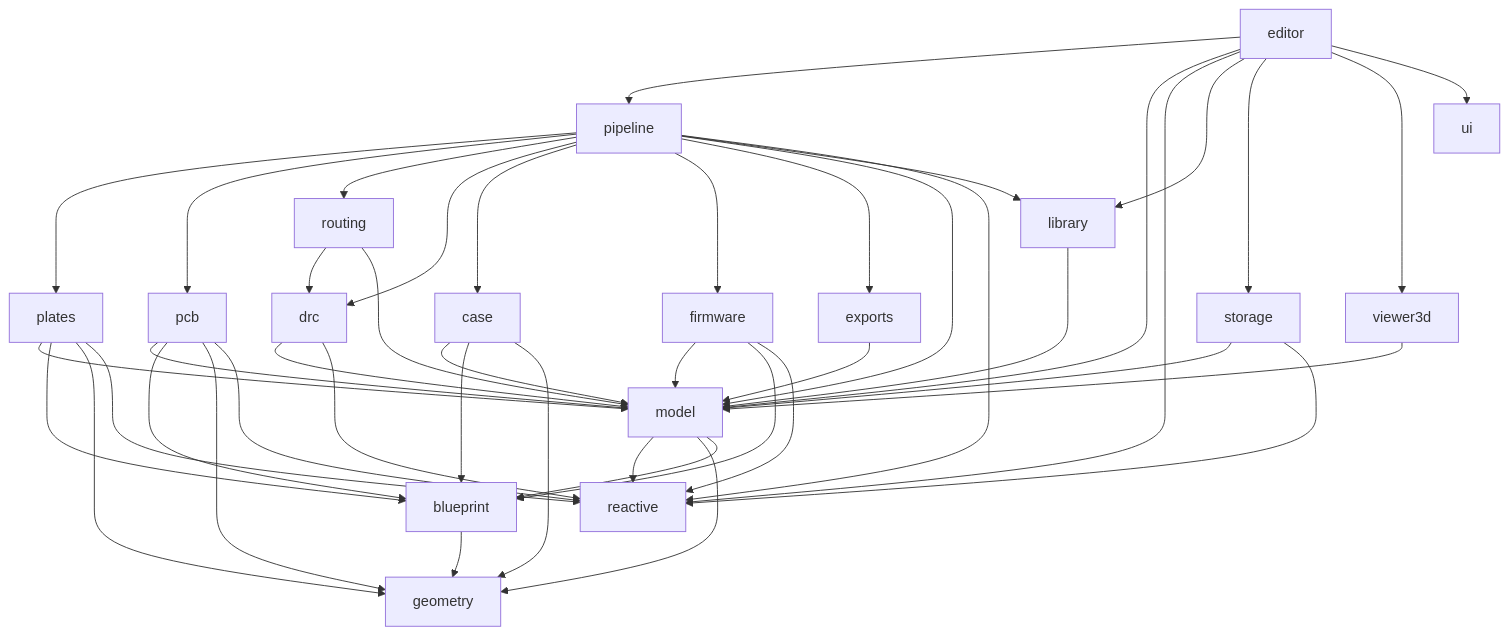
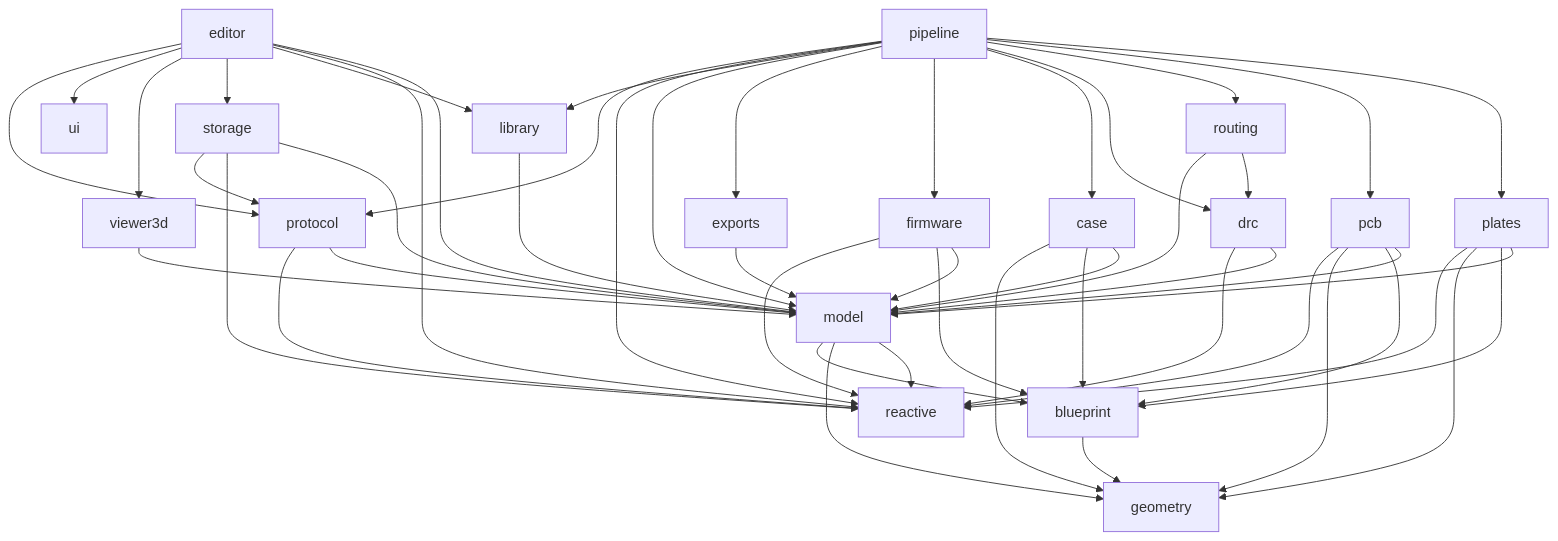
Before and after one commit to KeebCAD/keeb-cad: the second of 4 diagrams in _bmad-output/architecture-keeb-cad-layout-model/architecture-keeb-cad-layout-model.md, drawn with Mermaid. The commit also changed other lines of this file and 6 other files, not shown here.

````diff
--- a/_bmad-output/architecture-keeb-cad-layout-model/architecture-keeb-cad-layout-model.md
+++ b/_bmad-output/architecture-keeb-cad-layout-model/architecture-keeb-cad-layout-model.md
@@ -318,33 +332,34 @@
 ```mermaid
 graph TD
-  editor --> pipeline
   editor --> model
   editor --> reactive
   editor --> library
   editor --> storage
   editor --> viewer3d
   editor --> ui
   viewer3d --> model
   pipeline --> plates & pcb & routing & drc & case & firmware & exports
   pipeline --> model
   pipeline --> library
   routing --> drc
   plates --> model
   pcb --> model
   routing --> model
   drc --> model
   case --> model
   firmware --> model
   exports --> model
   library --> model
   storage --> model
   storage --> reactive
   pipeline --> reactive
+  editor & pipeline & storage --> protocol
+  protocol --> model & reactive
   model --> reactive & geometry & blueprint
   plates & pcb & firmware & case --> blueprint
   blueprint --> geometry
   plates --> geometry
   pcb --> geometry
   case --> geometry
   plates & pcb & firmware & drc --> reactive
 ```
````
